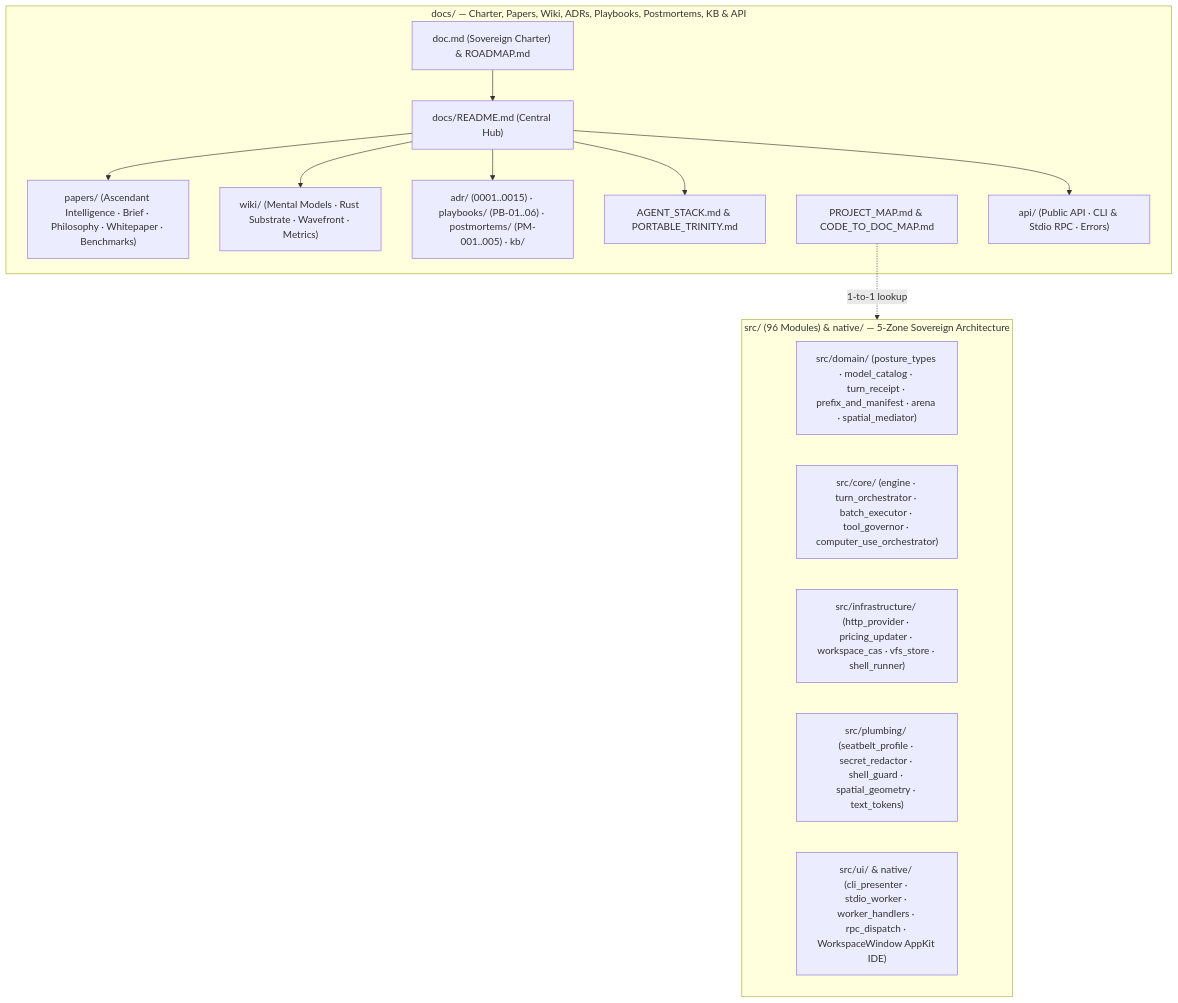
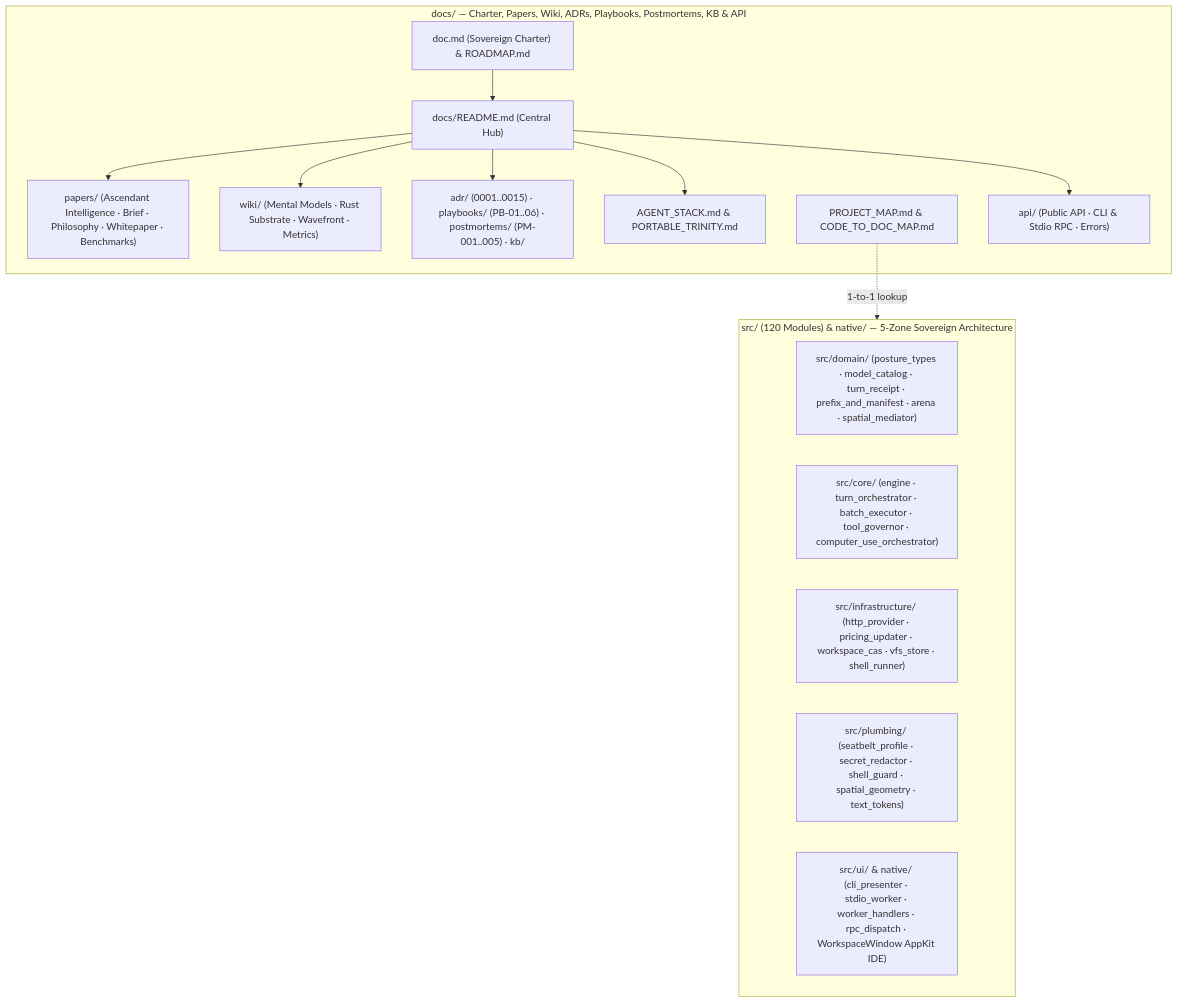
One commit to CardSorting/HEAV3NS-MICRO changed the diagram in docs/README.md. Above: the diagram before and after it, drawn with Mermaid. The commit also changed other lines of this file and 10 other files, not shown here.

````diff
--- a/docs/README.md
+++ b/docs/README.md
@@ -109,27 +109,27 @@
 ```mermaid
 flowchart TB
   subgraph docs ["docs/ — Charter, Papers, Wiki, ADRs, Playbooks, Postmortems, KB & API"]
     CHARTER["doc.md (Sovereign Charter) & ROADMAP.md"]
     README["docs/README.md (Central Hub)"]
     PAP["papers/ (Ascendant Intelligence · Brief · Philosophy · Whitepaper · Benchmarks)"]
     WIKI["wiki/ (Mental Models · Rust Substrate · Wavefront · Metrics)"]
     MEM["adr/ (0001..0015) · playbooks/ (PB-01..06) · postmortems/ (PM-001..005) · kb/"]
     STACK["AGENT_STACK.md & PORTABLE_TRINITY.md"]
     MAP["PROJECT_MAP.md & CODE_TO_DOC_MAP.md"]
     API["api/ (Public API · CLI & Stdio RPC · Errors)"]
   end
-  subgraph code ["src/ (96 Modules) & native/ — 5-Zone Sovereign Architecture"]
+  subgraph code ["src/ (120 Modules) & native/ — 5-Zone Sovereign Architecture"]
     DOM["src/domain/ (posture_types · model_catalog · turn_receipt · prefix_and_manifest · arena · spatial_mediator)"]
     CORE["src/core/ (engine · turn_orchestrator · batch_executor · tool_governor · computer_use_orchestrator)"]
     INFRA["src/infrastructure/ (http_provider · pricing_updater · workspace_cas · vfs_store · shell_runner)"]
     PLUMB["src/plumbing/ (seatbelt_profile · secret_redactor · shell_guard · spatial_geometry · text_tokens)"]
     UI["src/ui/ & native/ (cli_presenter · stdio_worker · worker_handlers · rpc_dispatch · WorkspaceWindow AppKit IDE)"]
   end
   CHARTER --> README
   README --> PAP
   README --> WIKI
   README --> MEM
   README --> STACK
   README --> API
   MAP -.->|1-to-1 lookup| code
 ```
````
